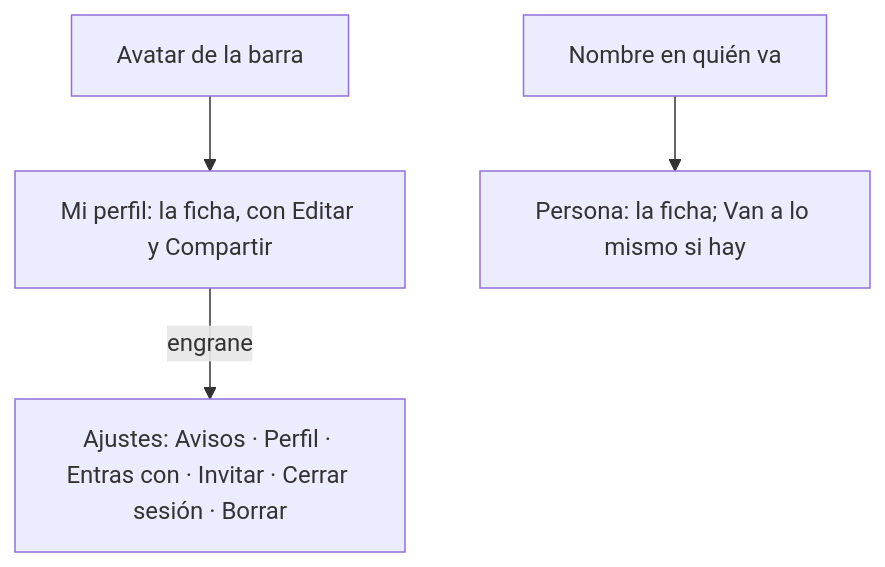
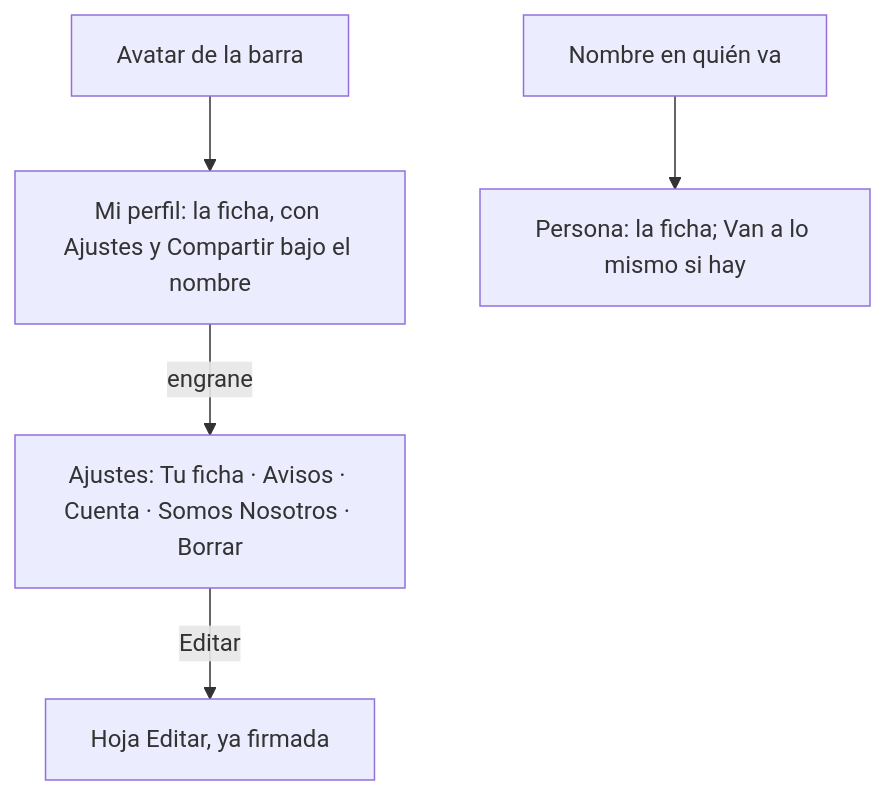
Before and after one commit to robscan/somosnosotros: the second of 3 diagrams in docs/rediseno/13-novedades-perfil-alta-flujo-y-estados.md, drawn with Mermaid. The commit also changed other lines of this file and 3 other files, not shown here.

````diff
--- a/docs/rediseno/13-novedades-perfil-alta-flujo-y-estados.md
+++ b/docs/rediseno/13-novedades-perfil-alta-flujo-y-estados.md
@@ -29,6 +29,7 @@
 ```mermaid
 flowchart TD
-  A[Avatar de la barra] --> P[Mi perfil: la ficha, con Editar y Compartir]
-  P -- engrane --> S[Ajustes: Avisos · Perfil · Entras con · Invitar · Cerrar sesión · Borrar]
+  A[Avatar de la barra] --> P[Mi perfil: la ficha, con Ajustes y Compartir bajo el nombre]
+  P -- engrane --> S[Ajustes: Tu ficha · Avisos · Cuenta · Somos Nosotros · Borrar]
+  S -- Editar --> E[Hoja Editar, ya firmada]
   Q[Nombre en quién va] --> R[Persona: la ficha; Van a lo mismo si hay]
 ```
````
